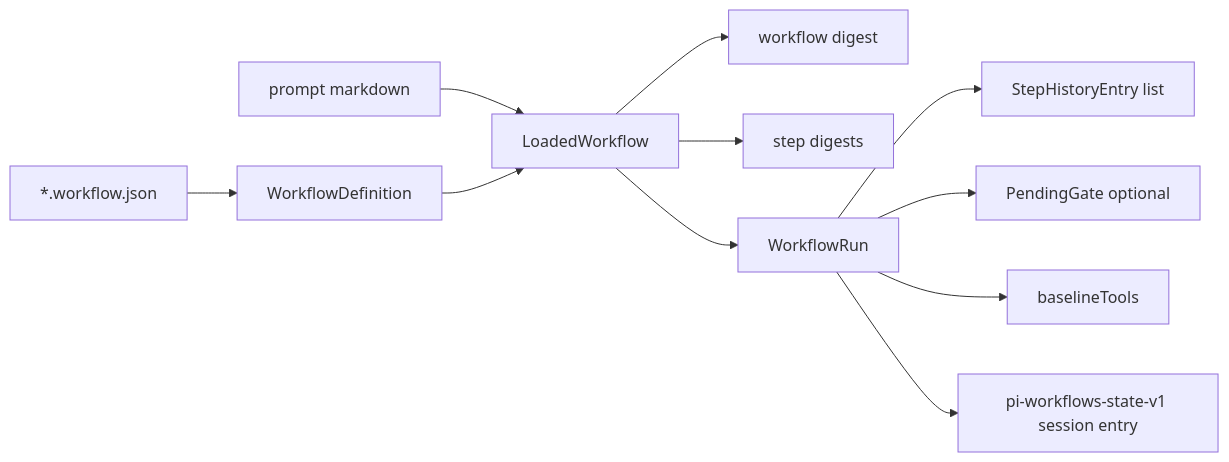
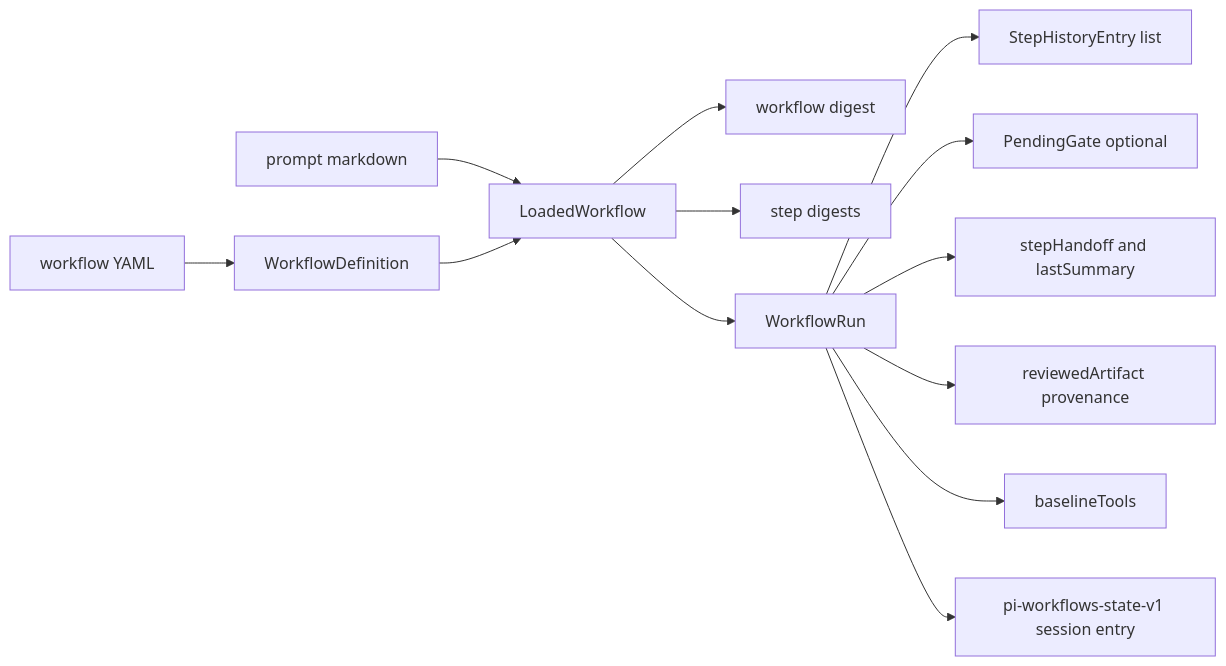
The third of 5 diagrams in openwiki/architecture/overview.md (wichayutdew/pi-workflows), drawn with Mermaid before and after one commit. The commit also changed other lines of this file and 84 other files, not shown here.

````diff
--- a/openwiki/architecture/overview.md
+++ b/openwiki/architecture/overview.md
@@ -51,14 +56,16 @@
 ```mermaid
 flowchart LR
-  WorkflowFile[*.workflow.json] --> Definition[WorkflowDefinition]
+  WorkflowFile[workflow YAML] --> Definition[WorkflowDefinition]
   PromptFiles[prompt markdown] --> Loaded[LoadedWorkflow]
   Definition --> Loaded
   Loaded --> WorkflowDigest[workflow digest]
   Loaded --> StepDigests[step digests]
 
   Loaded --> Run[WorkflowRun]
   Run --> History[StepHistoryEntry list]
   Run --> Gate[PendingGate optional]
+  Run --> Handoff[stepHandoff and lastSummary]
+  Run --> Reviewed[reviewedArtifact provenance]
   Run --> Baseline[baselineTools]
   Run --> Checkpoint[pi-workflows-state-v1 session entry]
 ```
````
